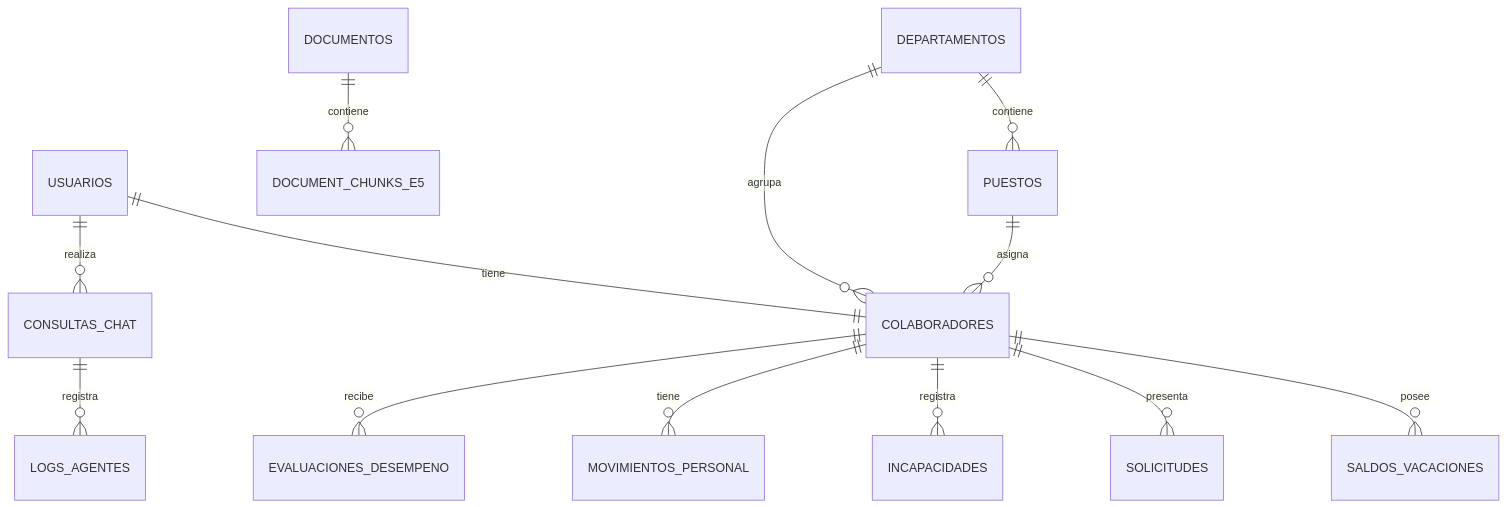
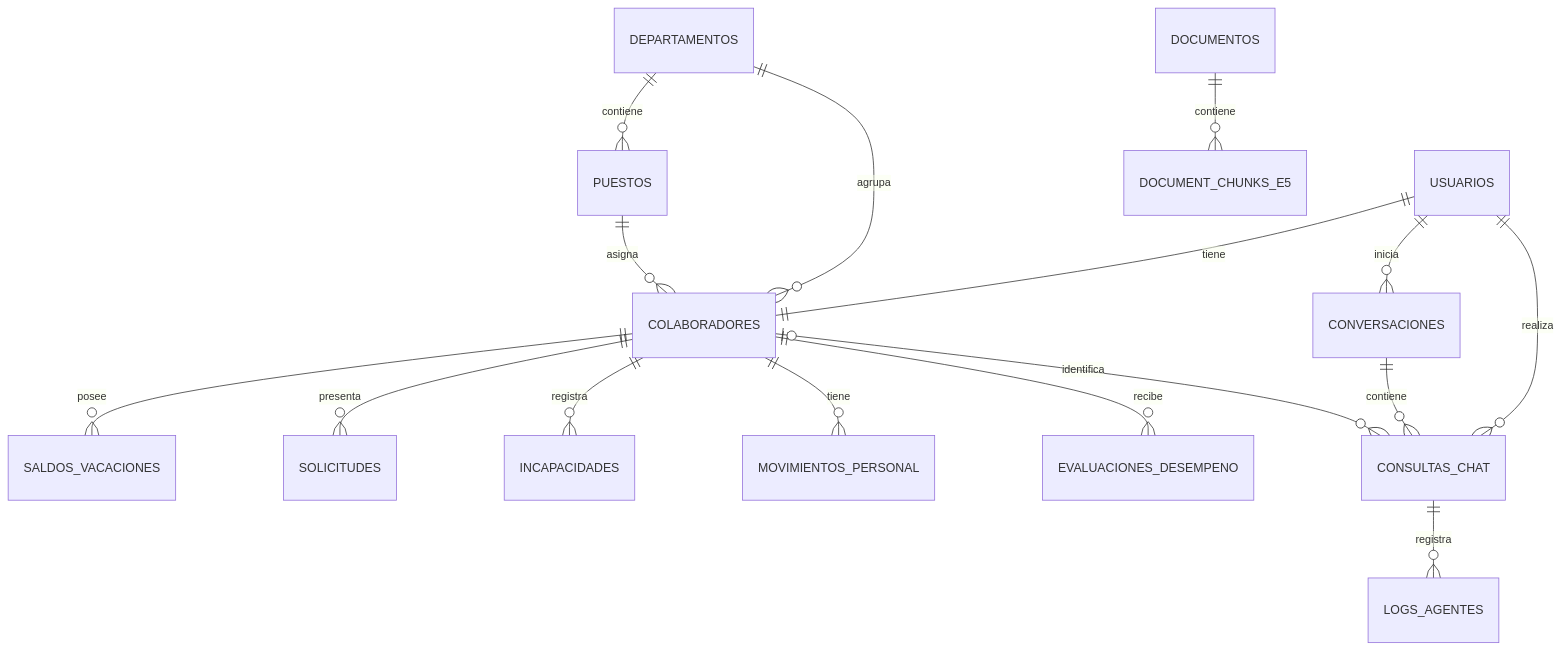
One commit to salgueroreymond2-tech/miniproyecto-2-BE changed the second of 2 diagrams in docs/database-erd.md. Above: the diagram before and after it, drawn with Mermaid. The commit also changed other lines of this file and 2 other files, not shown here.

Commit message:
docs(chat): record orchestration phase

````diff
--- a/docs/database-erd.md
+++ b/docs/database-erd.md
@@ -12,15 +12,18 @@
 ```mermaid
 erDiagram
   USUARIOS ||--|| COLABORADORES : tiene
   DEPARTAMENTOS ||--o{ PUESTOS : contiene
   DEPARTAMENTOS ||--o{ COLABORADORES : agrupa
   PUESTOS ||--o{ COLABORADORES : asigna
   COLABORADORES ||--o{ SALDOS_VACACIONES : posee
   COLABORADORES ||--o{ SOLICITUDES : presenta
   COLABORADORES ||--o{ INCAPACIDADES : registra
   COLABORADORES ||--o{ MOVIMIENTOS_PERSONAL : tiene
   COLABORADORES ||--o{ EVALUACIONES_DESEMPENO : recibe
   USUARIOS ||--o{ CONSULTAS_CHAT : realiza
+  USUARIOS ||--o{ CONVERSACIONES : inicia
+  CONVERSACIONES ||--o{ CONSULTAS_CHAT : contiene
+  COLABORADORES o|--o{ CONSULTAS_CHAT : identifica
   CONSULTAS_CHAT ||--o{ LOGS_AGENTES : registra
   DOCUMENTOS ||--o{ DOCUMENT_CHUNKS_E5 : contiene
 ```
````
